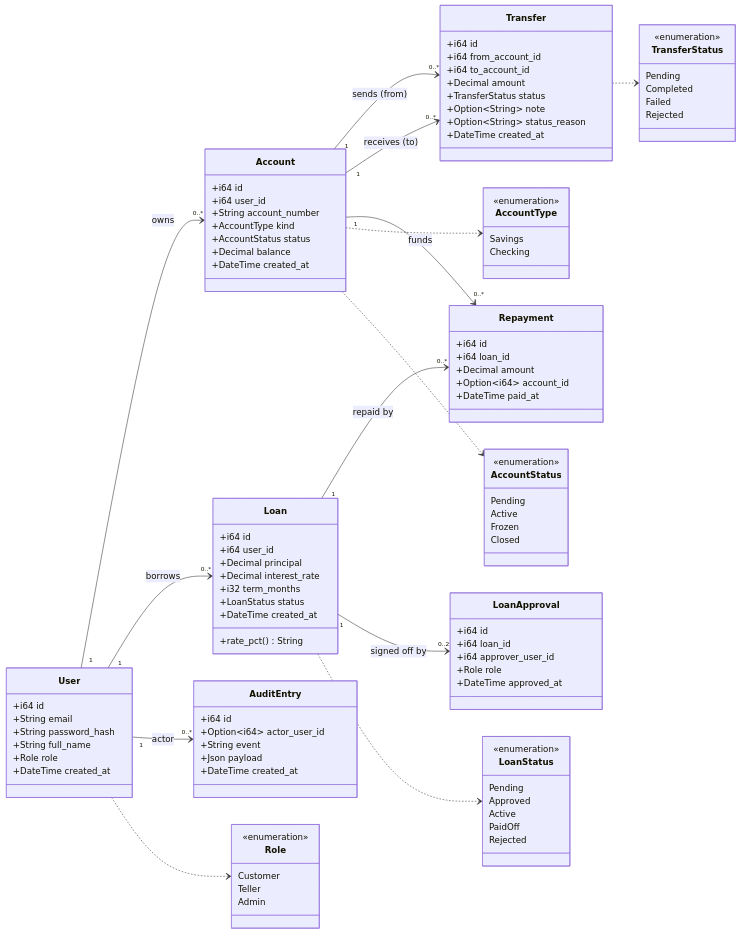
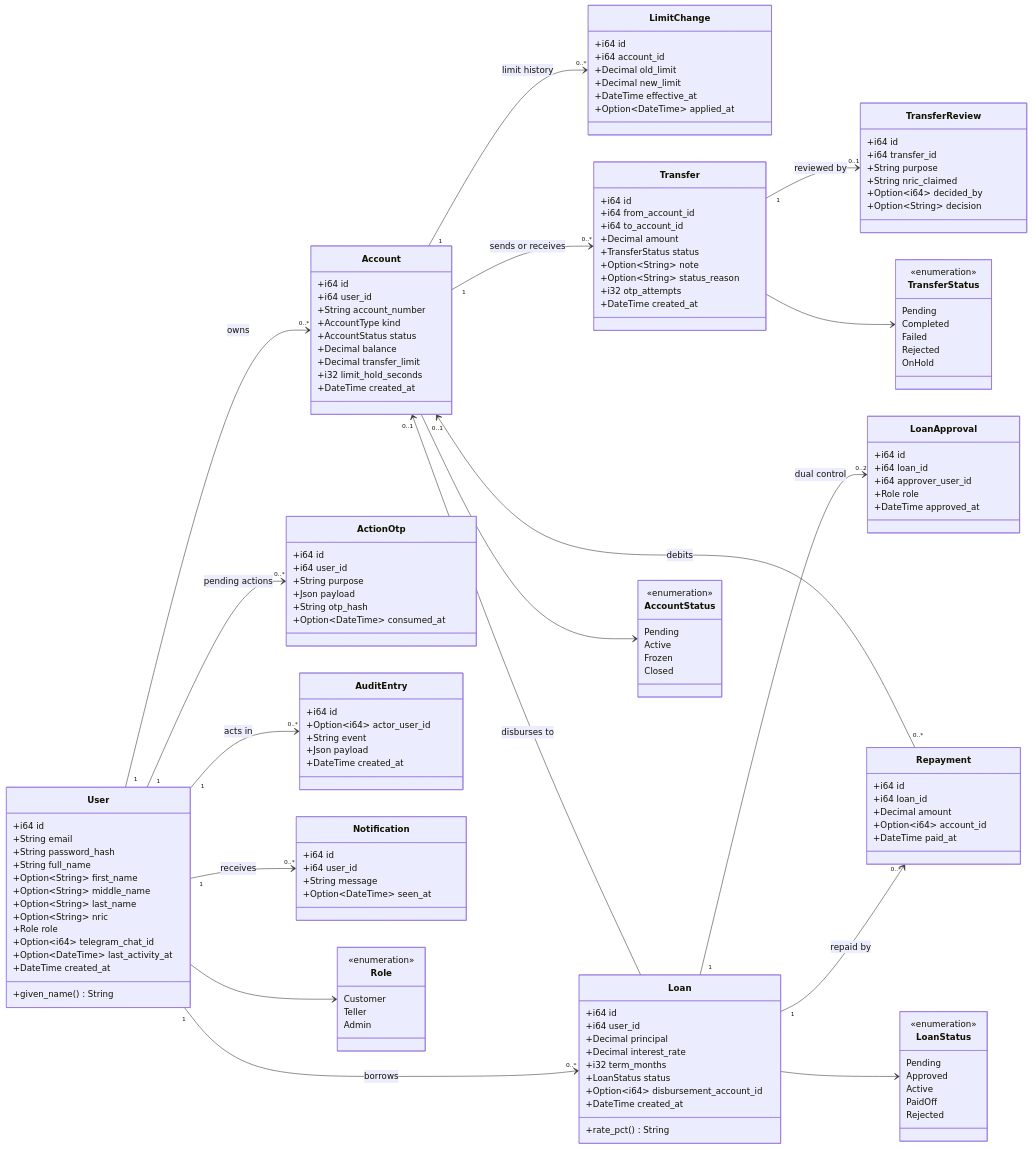
Before and after one commit to cthyuiii/FerroBank: the diagram in docs/uml_domain_model.mermaid, drawn with Mermaid. The commit also changed 64 other files, not shown here.

```diff
--- a/docs/uml_domain_model.mermaid
+++ b/docs/uml_domain_model.mermaid
@@ -1,109 +1,149 @@
 classDiagram
     direction LR
 
     class User {
         +i64 id
         +String email
         +String password_hash
         +String full_name
+        +Option~String~ first_name
+        +Option~String~ middle_name
+        +Option~String~ last_name
+        +Option~String~ nric
         +Role role
+        +Option~i64~ telegram_chat_id
+        +Option~DateTime~ last_activity_at
         +DateTime created_at
+        +given_name() String
     }
     class Account {
         +i64 id
         +i64 user_id
         +String account_number
         +AccountType kind
         +AccountStatus status
         +Decimal balance
+        +Decimal transfer_limit
+        +i32 limit_hold_seconds
         +DateTime created_at
+    }
+    class LimitChange {
+        +i64 id
+        +i64 account_id
+        +Decimal old_limit
+        +Decimal new_limit
+        +DateTime effective_at
+        +Option~DateTime~ applied_at
     }
     class Transfer {
         +i64 id
         +i64 from_account_id
         +i64 to_account_id
         +Decimal amount
         +TransferStatus status
         +Option~String~ note
         +Option~String~ status_reason
+        +i32 otp_attempts
         +DateTime created_at
+    }
+    class TransferReview {
+        +i64 id
+        +i64 transfer_id
+        +String purpose
+        +String nric_claimed
+        +Option~i64~ decided_by
+        +Option~String~ decision
     }
     class Loan {
         +i64 id
         +i64 user_id
         +Decimal principal
         +Decimal interest_rate
         +i32 term_months
         +LoanStatus status
+        +Option~i64~ disbursement_account_id
         +DateTime created_at
         +rate_pct() String
     }
     class LoanApproval {
         +i64 id
         +i64 loan_id
         +i64 approver_user_id
         +Role role
         +DateTime approved_at
     }
     class Repayment {
         +i64 id
         +i64 loan_id
         +Decimal amount
         +Option~i64~ account_id
         +DateTime paid_at
     }
+    class ActionOtp {
+        +i64 id
+        +i64 user_id
+        +String purpose
+        +Json payload
+        +String otp_hash
+        +Option~DateTime~ consumed_at
+    }
     class AuditEntry {
         +i64 id
         +Option~i64~ actor_user_id
         +String event
         +Json payload
         +DateTime created_at
     }
+    class Notification {
+        +i64 id
+        +i64 user_id
+        +String message
+        +Option~DateTime~ seen_at
+    }
 
     class Role {
         <<enumeration>>
         Customer
         Teller
         Admin
-    }
-    class AccountType {
-        <<enumeration>>
-        Savings
-        Checking
     }
     class AccountStatus {
         <<enumeration>>
         Pending
         Active
         Frozen
         Closed
     }
     class TransferStatus {
         <<enumeration>>
         Pending
         Completed
         Failed
         Rejected
+        OnHold
     }
     class LoanStatus {
         <<enumeration>>
         Pending
         Approved
         Active
         PaidOff
         Rejected
     }
 
     User "1" --> "0..*" Account : owns
     User "1" --> "0..*" Loan : borrows
-    User "1" --> "0..*" AuditEntry : actor
-    Account "1" --> "0..*" Transfer : sends (from)
-    Account "1" --> "0..*" Transfer : receives (to)
-    Account "1" --> "0..*" Repayment : funds
+    User "1" --> "0..*" ActionOtp : pending actions
+    User "1" --> "0..*" Notification : receives
+    User "1" --> "0..*" AuditEntry : acts in
+    Account "1" --> "0..*" LimitChange : limit history
+    Account "1" --> "0..*" Transfer : sends or receives
+    Account "0..1" <-- Loan : disburses to
+    Transfer "1" --> "0..1" TransferReview : reviewed by
+    Loan "1" --> "0..2" LoanApproval : dual control
     Loan "1" --> "0..*" Repayment : repaid by
-    Loan "1" --> "0..2" LoanApproval : signed off by
-    User ..> Role
-    Account ..> AccountType
-    Account ..> AccountStatus
-    Transfer ..> TransferStatus
-    Loan ..> LoanStatus
+    Repayment "0..*" --> "0..1" Account : debits
+    User --> Role
+    Account --> AccountStatus
+    Transfer --> TransferStatus
+    Loan --> LoanStatus
```
